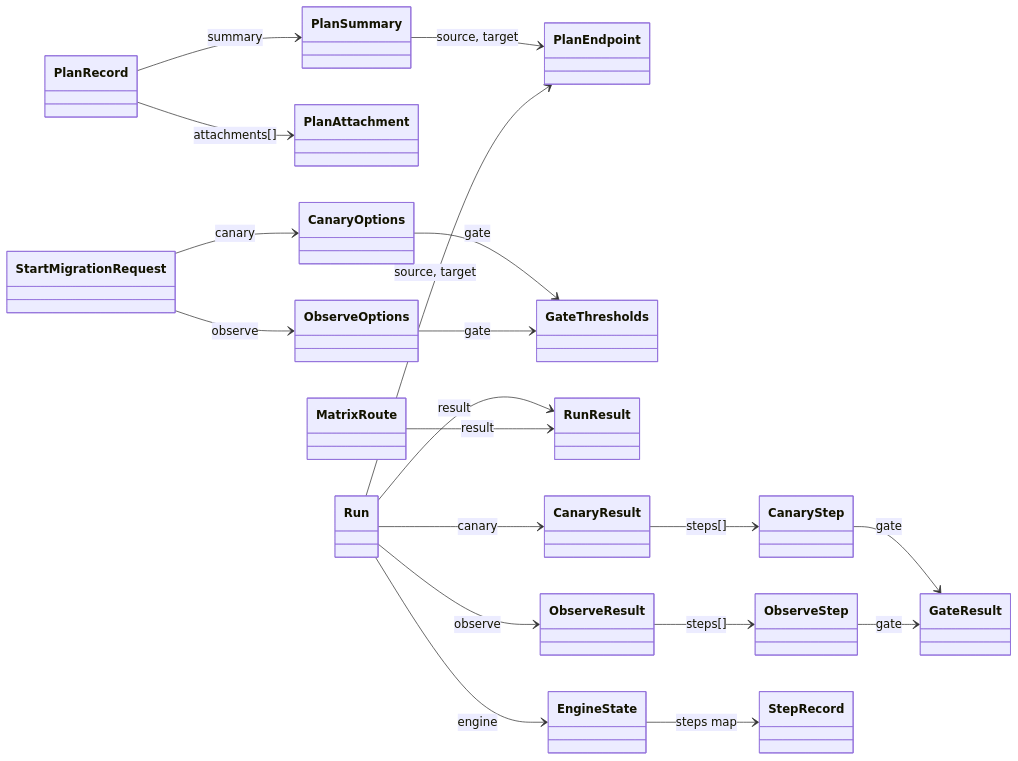
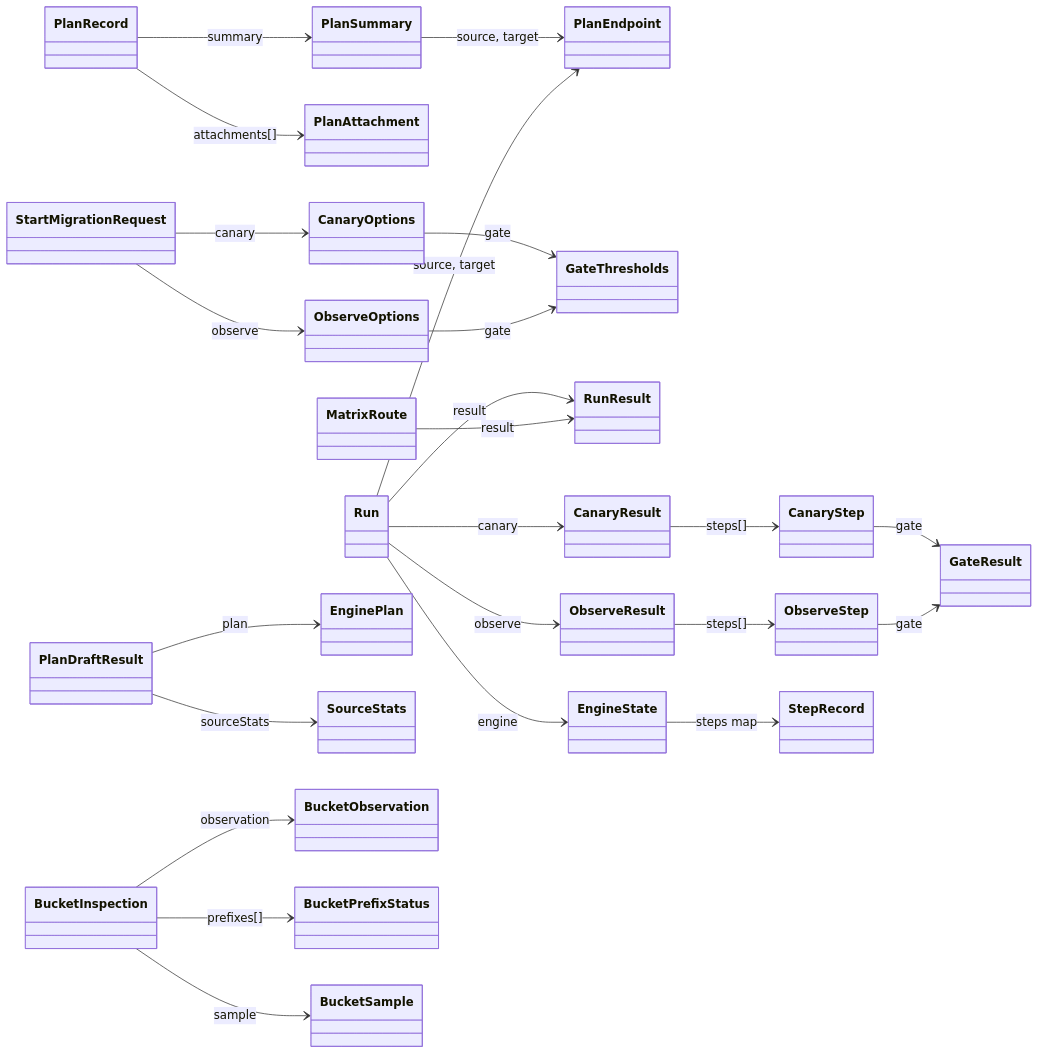
The fifth of 7 diagrams in tools/apidoc/template.md (2026-Softbank-Hackathon-Charlie/platform), drawn with Mermaid before and after one commit. The commit also changed other lines of this file and 3 other files, not shown here.

````diff
--- a/tools/apidoc/template.md
+++ b/tools/apidoc/template.md
@@ -141,22 +141,27 @@
 ```mermaid
 classDiagram
     direction LR
     PlanRecord --> PlanSummary : summary
     PlanRecord --> PlanAttachment : attachments[]
     PlanSummary --> PlanEndpoint : source, target
     StartMigrationRequest --> CanaryOptions : canary
     StartMigrationRequest --> ObserveOptions : observe
     CanaryOptions --> GateThresholds : gate
     ObserveOptions --> GateThresholds : gate
     Run --> PlanEndpoint : source, target
     Run --> RunResult : result
     Run --> EngineState : engine
     Run --> CanaryResult : canary
     Run --> ObserveResult : observe
     CanaryResult --> CanaryStep : steps[]
     ObserveResult --> ObserveStep : steps[]
     CanaryStep --> GateResult : gate
     ObserveStep --> GateResult : gate
     EngineState --> StepRecord : steps map
     MatrixRoute --> RunResult : result
+    PlanDraftResult --> EnginePlan : plan
+    PlanDraftResult --> SourceStats : sourceStats
+    BucketInspection --> BucketObservation : observation
+    BucketInspection --> BucketPrefixStatus : prefixes[]
+    BucketInspection --> BucketSample : sample
 ```
````
